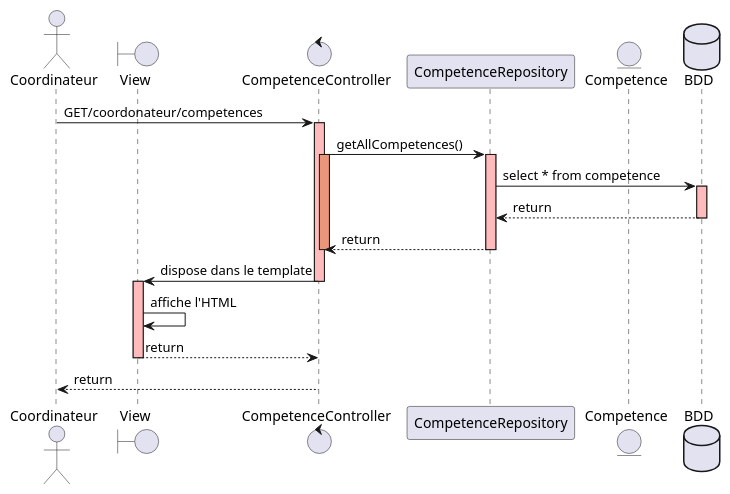
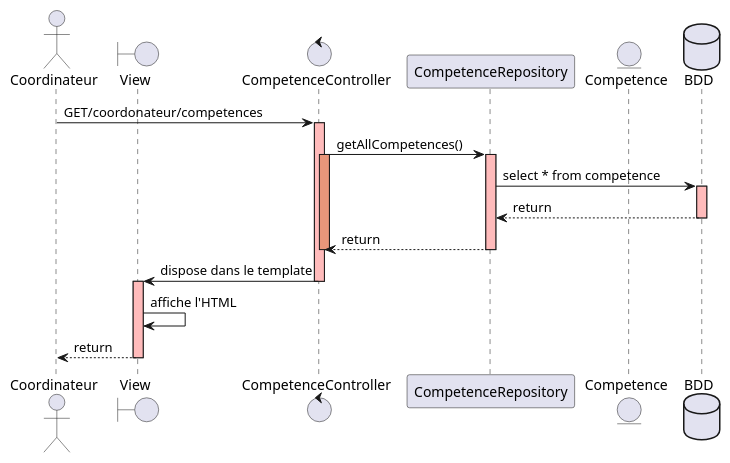
Before and after one commit to GreenHawk-99/AppGreta: the diagram in doc/puml/SequenceDiagram2.puml, drawn with PlantUML. The commit also changed 16 other files, not shown here.

```diff
--- a/doc/puml/SequenceDiagram2.puml
+++ b/doc/puml/SequenceDiagram2.puml
@@ -1,36 +1,34 @@
 @startuml
 
 actor Coordinateur
 boundary "View" as V
 control "CompetenceController" as CC
 participant "CompetenceRepository" as CR
 entity "Competence" as C
 database "BDD" as BDD
 
 Coordinateur -> CC: GET/coordonateur/competences
 activate CC #FFBBBB
 
 CC -> CR: getAllCompetences()
 activate CC #DarkSalmon
 activate CR #FFBBBB
 
 CR -> BDD: select * from competence
 activate BDD #FFBBBB
 BDD --> CR: return
 deactivate BDD
 
 CR --> CC: return
 deactivate CC
 deactivate CR
 
 CC -> V: dispose dans le template
 deactivate CC
 
 activate V #FFBBBB
 V -> V: affiche l'HTML
-V --> CC: return
+V --> Coordinateur: return
 deactivate V
 
-CC --> Coordinateur: return
-
 @enduml
```
